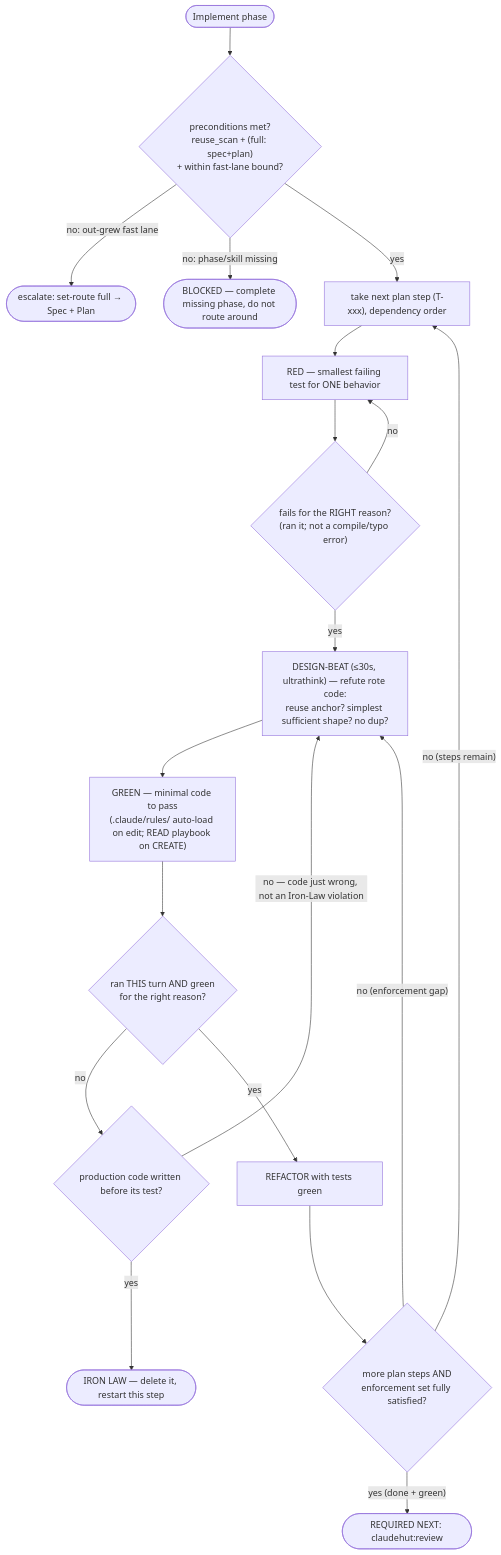
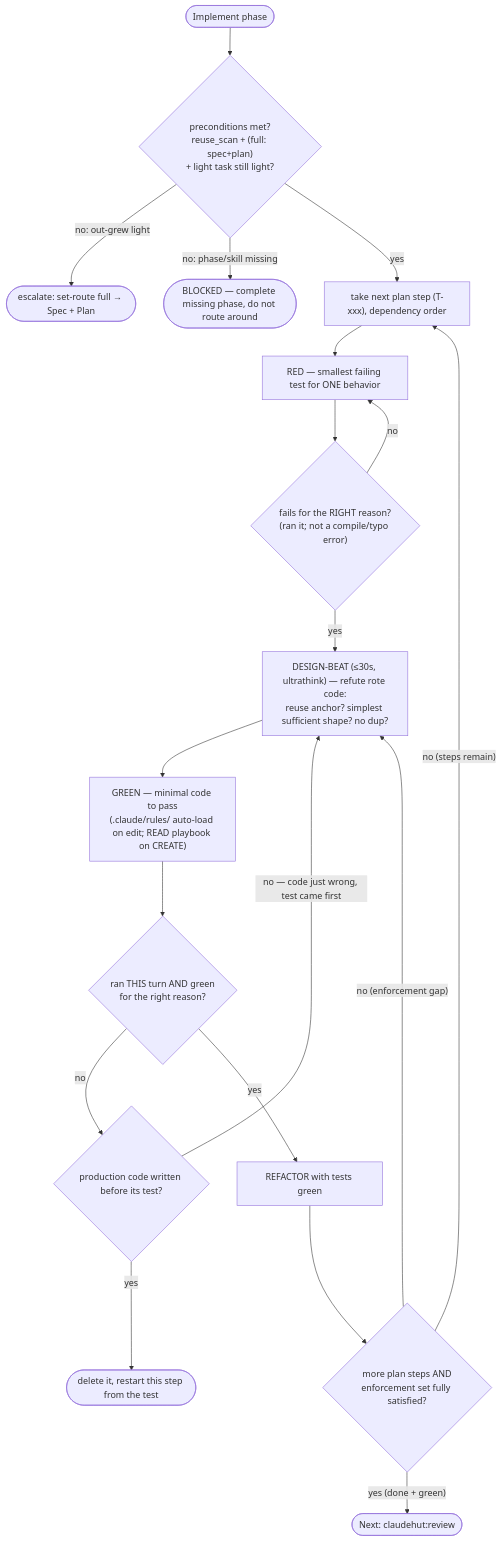
Before and after one commit to taipt1504/claudehut: the diagram in skills/implement/SKILL.md, drawn with Mermaid. The commit also changed other lines of this file and 51 other files, not shown here.

````diff
--- a/skills/implement/SKILL.md
+++ b/skills/implement/SKILL.md
@@ -35,21 +32,21 @@
 ```mermaid
 flowchart TB
-    start(["Implement phase"]) --> gate{"preconditions met?<br/>reuse_scan + (full: spec+plan)<br/>+ within fast-lane bound?"}
-    gate -- "no: out-grew fast lane" --> esc(["escalate: set-route full → Spec + Plan"])
+    start(["Implement phase"]) --> gate{"preconditions met?<br/>reuse_scan + (full: spec+plan)<br/>+ light task still light?"}
+    gate -- "no: out-grew light" --> esc(["escalate: set-route full → Spec + Plan"])
     gate -- "no: phase/skill missing" --> esc2(["BLOCKED — complete missing phase, do not route around"])
     gate -- "yes" --> step["take next plan step (T-xxx), dependency order"]
     step --> red["RED — smallest failing test for ONE behavior"]
     red --> rr{"fails for the RIGHT reason?<br/>(ran it; not a compile/typo error)"}
     rr -- "no" --> red
     rr -- "yes" --> beat["DESIGN-BEAT (≤30s, ultrathink) — refute rote code:<br/>reuse anchor? simplest sufficient shape? no dup?"]
     beat --> green["GREEN — minimal code to pass<br/>(.claude/rules/ auto-load on edit; READ playbook on CREATE)"]
     green --> ev{"ran THIS turn AND green<br/>for the right reason?"}
-    ev -- "no" --> iron{"production code written before its test?"}
-    iron -- "yes" --> del(["IRON LAW — delete it, restart this step"])
-    iron -- "no — code just wrong, not an Iron-Law violation" --> beat
+    ev -- "no" --> first{"production code written before its test?"}
+    first -- "yes" --> del(["delete it, restart this step from the test"])
+    first -- "no — code just wrong, test came first" --> beat
     ev -- "yes" --> refactor["REFACTOR with tests green"]
     refactor --> more{"more plan steps AND<br/>enforcement set fully satisfied?"}
     more -- "no (steps remain)" --> step
     more -- "no (enforcement gap)" --> beat
-    more -- "yes (done + green)" --> done(["REQUIRED NEXT: claudehut:review"])
+    more -- "yes (done + green)" --> done(["Next: claudehut:review"])
 ```
````
